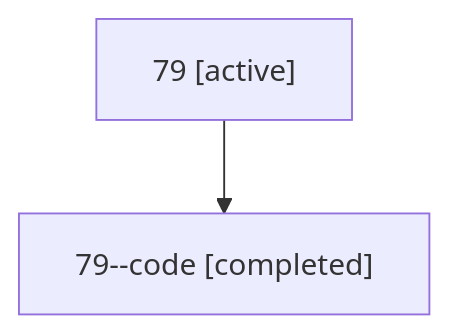
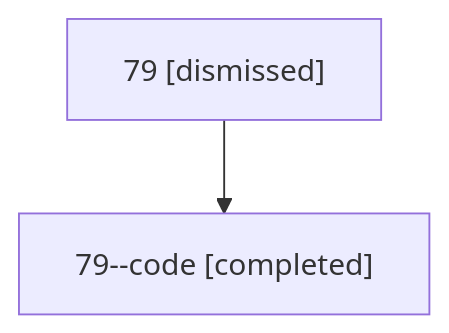
Before and after one commit to sase-org/sase--agents: the diagram in sessions/bbugyi200.athena.79.md, drawn with Mermaid. The commit also changed other lines of this file and 26 other files, not shown here.

````diff
--- a/sessions/bbugyi200.athena.79.md
+++ b/sessions/bbugyi200.athena.79.md
@@ -9,6 +9,6 @@
 ```mermaid
 flowchart TD
-  n0["79 [active]"]
+  n0["79 [dismissed]"]
   n1["79--code [completed]"]
   n0 --> n1
 ```
````
